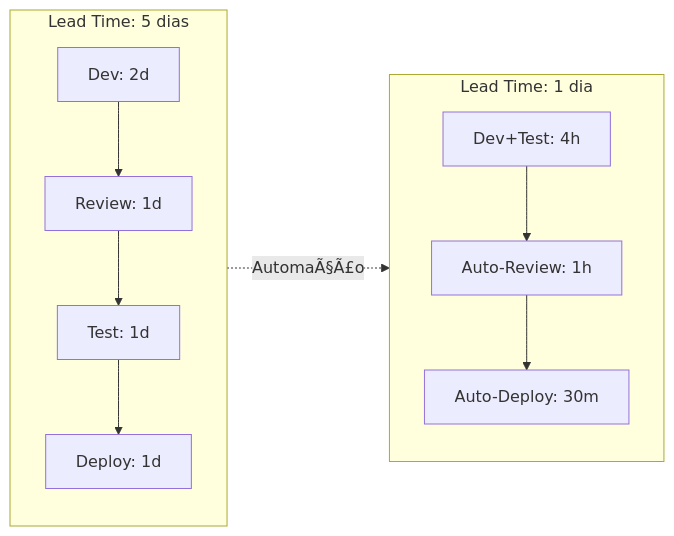
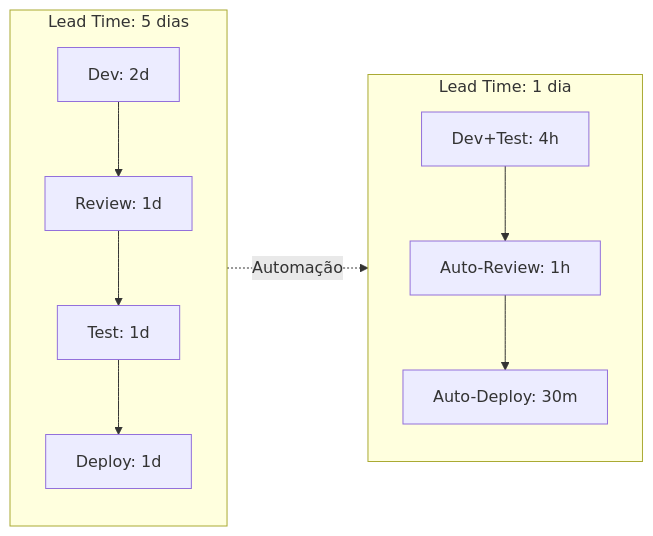
One commit to juliopessan/imfai-ava-fabric-data-agents changed the first of 3 diagrams in .github/agents/iteration-improvement.chatmode.md. Above: the diagram before and after it, drawn with Mermaid. The commit also changed other lines of this file and 42 other files, not shown here.

````diff
--- a/.github/agents/iteration-improvement.chatmode.md
+++ b/.github/agents/iteration-improvement.chatmode.md
@@ -171,12 +171,12 @@
 ```mermaid
 flowchart LR
     subgraph ANTES["Lead Time: 5 dias"]
         A1[Dev: 2d] --> A2[Review: 1d] --> A3[Test: 1d] --> A4[Deploy: 1d]
     end
     
     subgraph DEPOIS["Lead Time: 1 dia"]
         B1[Dev+Test: 4h] --> B2[Auto-Review: 1h] --> B3[Auto-Deploy: 30m]
     end
     
-    ANTES -.->|AutomaÃ§Ã£o| DEPOIS
+    ANTES -.->|Automação| DEPOIS
 ```
````
